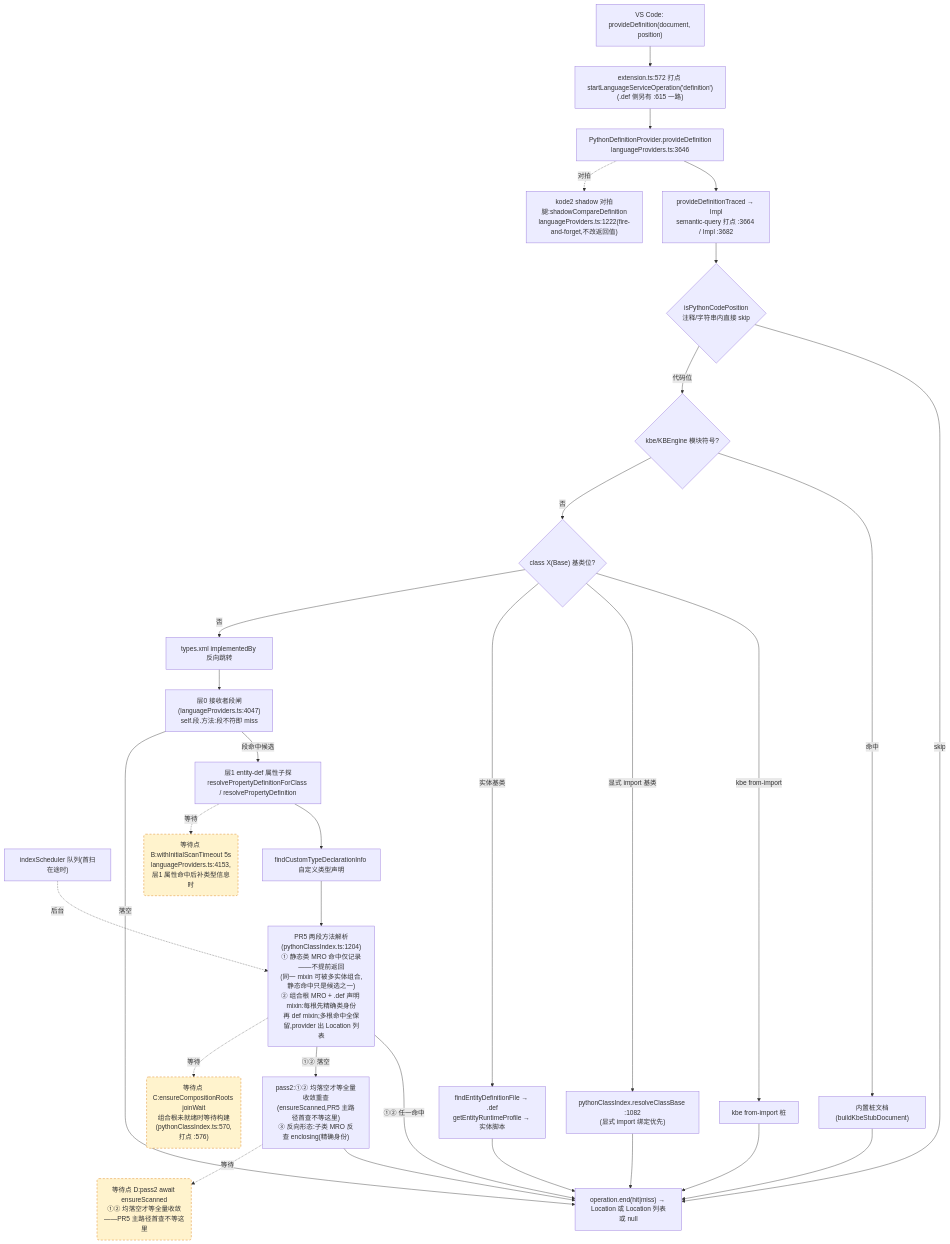
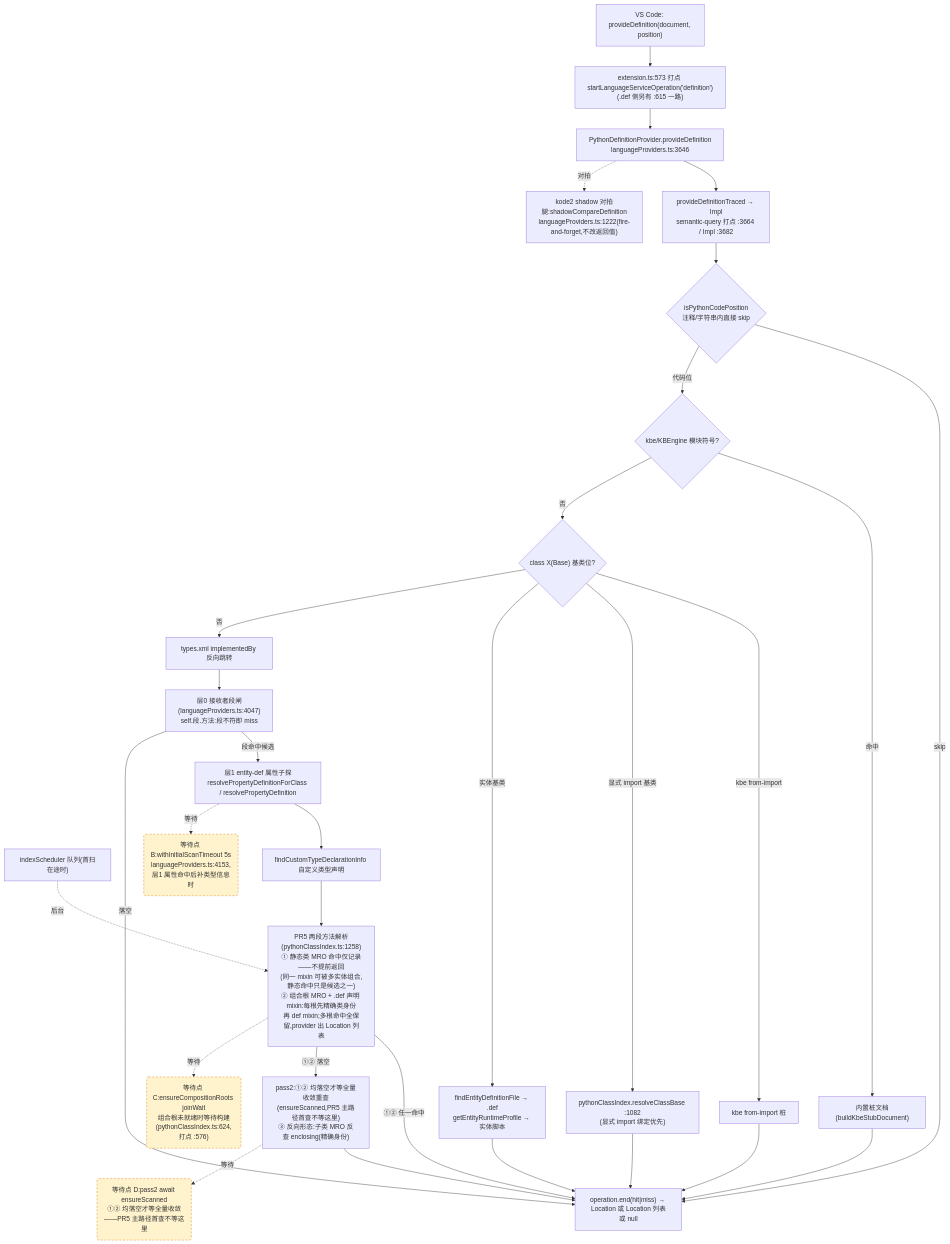
One commit to cuihairu/kode changed the second of 4 diagrams in docs/perf/2026-baseline.md. Above: the diagram before and after it, drawn with Mermaid. The commit also changed other lines of this file and 5 other files, not shown here.

````diff
--- a/docs/perf/2026-baseline.md
+++ b/docs/perf/2026-baseline.md
@@ -130,51 +130,51 @@
 ```mermaid
 flowchart TD
   VC2["VS Code: provideDefinition(document, position)"]
-  M2["extension.ts:572 打点 startLanguageServiceOperation('definition')<br/>(.def 侧另有 :615 一路)"]
+  M2["extension.ts:573 打点 startLanguageServiceOperation('definition')<br/>(.def 侧另有 :615 一路)"]
   AD2["PythonDefinitionProvider.provideDefinition<br/>languageProviders.ts:3646"]
   TR["provideDefinitionTraced → Impl<br/>semantic-query 打点 :3664 / Impl :3682"]
   CTX{"isPythonCodePosition<br/>注释/字符串内直接 skip"}
   KBE{"kbe/KBEngine 模块符号?"}
   STUB["内置桩文档(buildKbeStubDocument)"]
   CB{"class X(Base) 基类位?"}
   CB1["kbe from-import 桩"]
   CB2["pythonClassIndex.resolveClassBase :1082<br/>(显式 import 绑定优先)"]
   CB3["findEntityDefinitionFile → .def<br/>getEntityRuntimeProfile → 实体脚本"]
   REV["types.xml implementedBy 反向跳转"]
   L0["层0 接收者段闸(languageProviders.ts:4047)<br/>self.段.方法:段不符即 miss"]
   L1["层1 entity-def 属性子探<br/>resolvePropertyDefinitionForClass / resolvePropertyDefinition"]
   SCAN["indexScheduler 队列(首扫在途时)"]
   TY["findCustomTypeDeclarationInfo 自定义类型声明"]
-  MRO["PR5 两段方法解析(pythonClassIndex.ts:1204)<br/>① 静态类 MRO 命中仅记录——不提前返回<br/>(同一 mixin 可被多实体组合,静态命中只是候选之一)<br/>② 组合根 MRO + .def 声明 mixin:每根先精确类身份<br/>再 def mixin;多根命中全保留,provider 出 Location 列表"]
+  MRO["PR5 两段方法解析(pythonClassIndex.ts:1258)<br/>① 静态类 MRO 命中仅记录——不提前返回<br/>(同一 mixin 可被多实体组合,静态命中只是候选之一)<br/>② 组合根 MRO + .def 声明 mixin:每根先精确类身份<br/>再 def mixin;多根命中全保留,provider 出 Location 列表"]
   PASS2["pass2:①② 均落空才等全量收敛重查<br/>(ensureScanned,PR5 主路径首查不等这里)<br/>③ 反向形态:子类 MRO 反查 enclosing(精确身份)"]
   SHD["kode2 shadow 对拍腿:shadowCompareDefinition<br/>languageProviders.ts:1222(fire-and-forget,不改返回值)"]
   END2["operation.end(hit|miss) → Location 或 Location 列表或 null"]
 
   VC2 --> M2 --> AD2 --> TR --> CTX
   CTX -- "skip" --> END2
   CTX -- "代码位" --> KBE
   KBE -- "命中" --> STUB --> END2
   KBE -- "否" --> CB
   CB -- "kbe from-import" --> CB1 --> END2
   CB -- "显式 import 基类" --> CB2 --> END2
   CB -- "实体基类" --> CB3 --> END2
   CB -- "否" --> REV --> L0
   L0 -- "段命中候选" --> L1
   L0 -- "落空" --> END2
   L1 --> TY
   TY --> MRO
   MRO -- "①② 任一命中" --> END2
   MRO -- "①② 落空" --> PASS2 --> END2
   AD2 -.->|对拍| SHD
 
   WAITB("等待点 B:withInitialScanTimeout 5s<br/>languageProviders.ts:4153,层1 属性命中后补类型信息时")
-  WAITC("等待点 C:ensureCompositionRoots joinWait<br/>组合根未就绪时等待构建(pythonClassIndex.ts:570,打点 :576)")
+  WAITC("等待点 C:ensureCompositionRoots joinWait<br/>组合根未就绪时等待构建(pythonClassIndex.ts:624,打点 :576)")
   WAITD("等待点 D:pass2 await ensureScanned<br/>①② 均落空才等全量收敛——PR5 主路径首查不等这里")
   L1 -.->|等待| WAITB
   MRO -.->|等待| WAITC
   PASS2 -.->|等待| WAITD
   SCAN -.->|后台| MRO
 
   classDef waitPoint fill:#fff3cd,stroke:#d97706,stroke-dasharray:5 4;
   class WAITB,WAITC,WAITD waitPoint;
 ```
````
